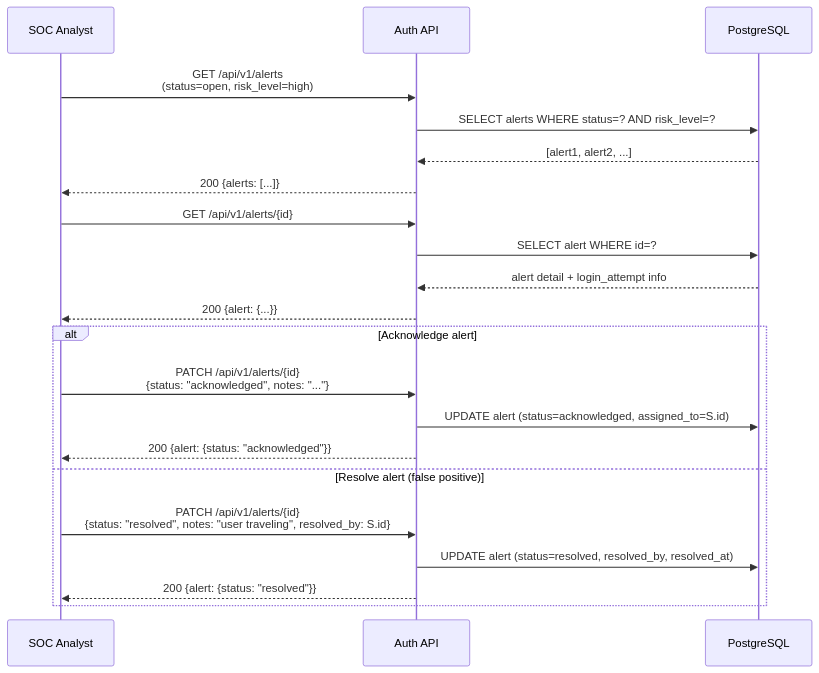
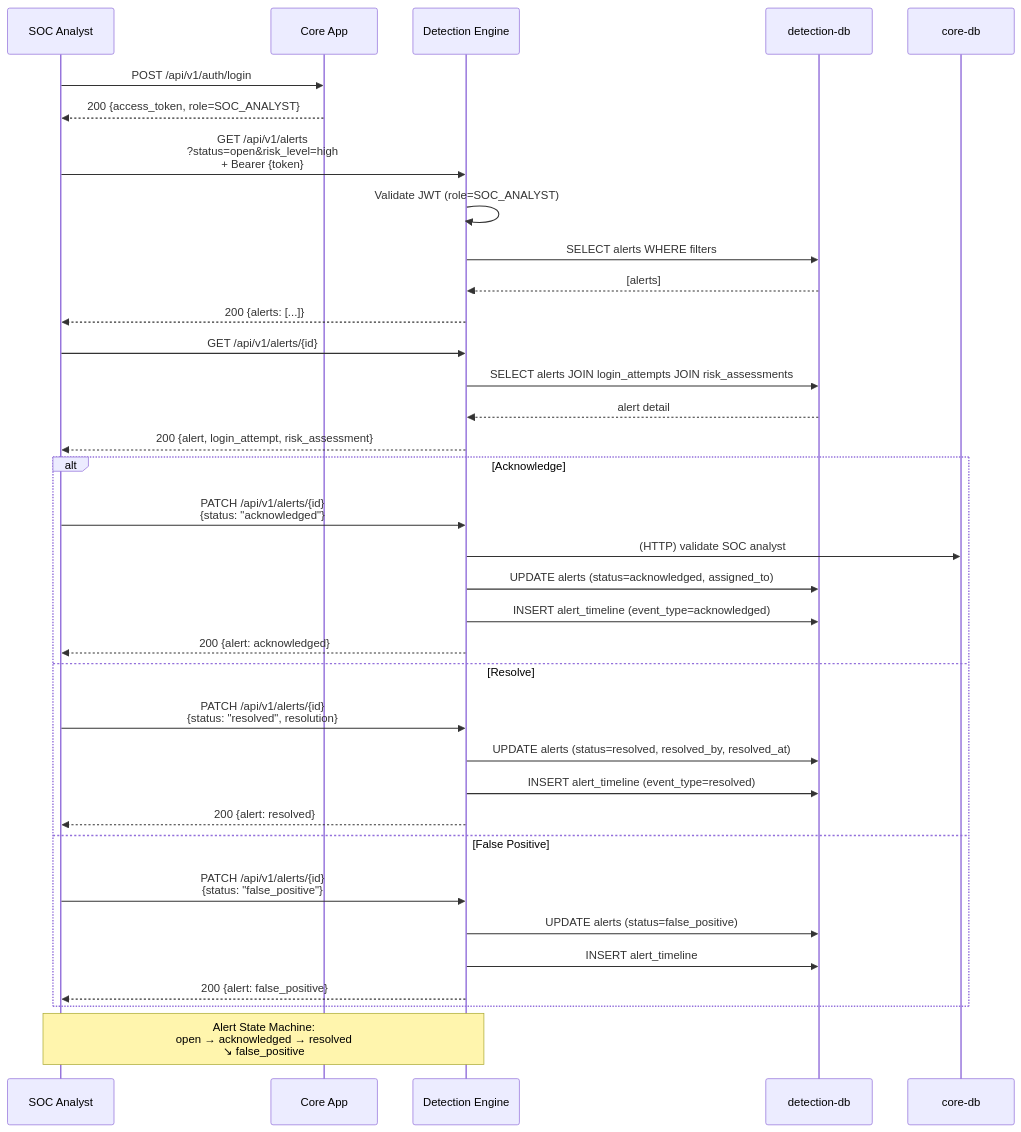
One commit to Albert-Tuan/sentinel-auth changed the fourth of 7 diagrams in docs/workflows.mmd. Above: the diagram before and after it, drawn with Mermaid. The commit also changed other lines of this file and 73 other files, not shown here.

Commit message:
bo sung document cho detection engine

````diff
--- a/docs/workflows.mmd
+++ b/docs/workflows.mmd
@@ -89,26 +149,42 @@
 ```mermaid
 sequenceDiagram
     participant S as SOC Analyst
-    participant A as Auth API
-    participant DB as PostgreSQL
+    participant CA as Core App
+    participant DE as Detection Engine
+    participant DDB as detection-db
+    participant CDB as core-db
 
-    S->>A: GET /api/v1/alerts<br/>(status=open, risk_level=high)
-    A->>DB: SELECT alerts WHERE status=? AND risk_level=?
-    DB-->>A: [alert1, alert2, ...]
-    A-->>S: 200 {alerts: [...]}
+    S->>CA: POST /api/v1/auth/login
+    CA-->>S: 200 {access_token, role=SOC_ANALYST}
 
-    S->>A: GET /api/v1/alerts/{id}
-    A->>DB: SELECT alert WHERE id=?
-    DB-->>A: alert detail + login_attempt info
-    A-->>S: 200 {alert: {...}}
+    S->>DE: GET /api/v1/alerts<br/>?status=open&risk_level=high<br/>+ Bearer {token}
+    DE->>DE: Validate JWT (role=SOC_ANALYST)
+    DE->>DDB: SELECT alerts WHERE filters
+    DDB-->>DE: [alerts]
+    DE-->>S: 200 {alerts: [...]}
 
-    alt Acknowledge alert
-        S->>A: PATCH /api/v1/alerts/{id}<br/>{status: "acknowledged", notes: "..."}
-        A->>DB: UPDATE alert (status=acknowledged, assigned_to=S.id)
-        A-->>S: 200 {alert: {status: "acknowledged"}}
-    else Resolve alert (false positive)
-        S->>A: PATCH /api/v1/alerts/{id}<br/>{status: "resolved", notes: "user traveling", resolved_by: S.id}
-        A->>DB: UPDATE alert (status=resolved, resolved_by, resolved_at)
-        A-->>S: 200 {alert: {status: "resolved"}}
+    S->>DE: GET /api/v1/alerts/{id}
+    DE->>DDB: SELECT alerts JOIN login_attempts JOIN risk_assessments
+    DDB-->>DE: alert detail
+    DE-->>S: 200 {alert, login_attempt, risk_assessment}
+
+    alt Acknowledge
+        S->>DE: PATCH /api/v1/alerts/{id}<br/>{status: "acknowledged"}
+        DE->>CDB: (HTTP) validate SOC analyst
+        DE->>DDB: UPDATE alerts (status=acknowledged, assigned_to)
+        DE->>DDB: INSERT alert_timeline (event_type=acknowledged)
+        DE-->>S: 200 {alert: acknowledged}
+    else Resolve
+        S->>DE: PATCH /api/v1/alerts/{id}<br/>{status: "resolved", resolution}
+        DE->>DDB: UPDATE alerts (status=resolved, resolved_by, resolved_at)
+        DE->>DDB: INSERT alert_timeline (event_type=resolved)
+        DE-->>S: 200 {alert: resolved}
+    else False Positive
+        S->>DE: PATCH /api/v1/alerts/{id}<br/>{status: "false_positive"}
+        DE->>DDB: UPDATE alerts (status=false_positive)
+        DE->>DDB: INSERT alert_timeline
+        DE-->>S: 200 {alert: false_positive}
     end
+
+    Note over S,DE: Alert State Machine:<br/>open → acknowledged → resolved<br/>            ↘ false_positive
 ```
````
